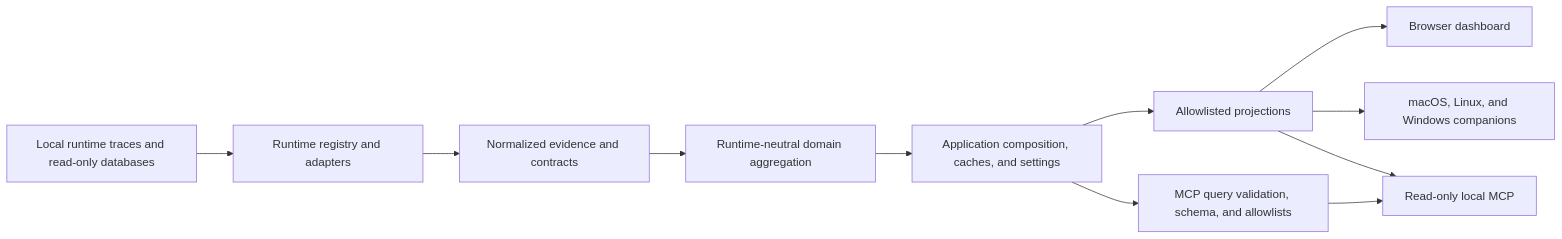
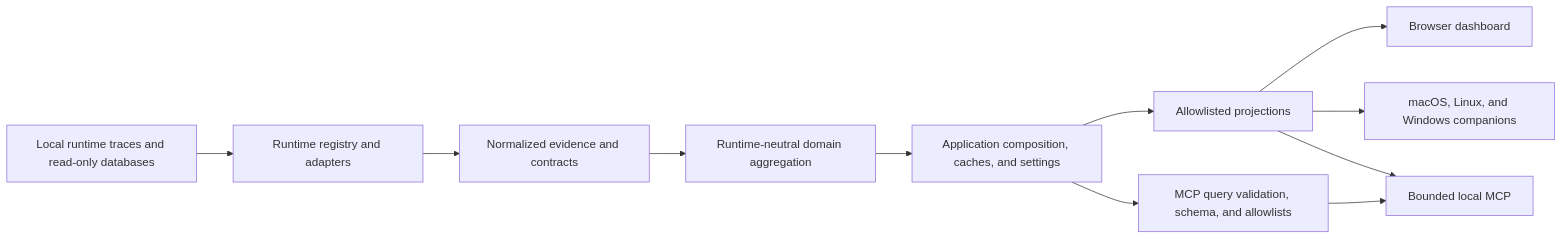
The diagram in specs/ARCHITECTURE.md (Chronillogical-Potato/token-meter), drawn with Mermaid before and after one commit. The commit also changed other lines of this file and 18 other files, not shown here.

````diff
--- a/specs/ARCHITECTURE.md
+++ b/specs/ARCHITECTURE.md
@@ -15,19 +15,19 @@
 ```mermaid
 flowchart LR
   traces["Local runtime traces and read-only databases"]
   adapters["Runtime registry and adapters"]
   contracts["Normalized evidence and contracts"]
   domain["Runtime-neutral domain aggregation"]
   app["Application composition, caches, and settings"]
   projections["Allowlisted projections"]
   mcp_queries["MCP query validation, schema, and allowlists"]
   browser["Browser dashboard"]
   native["macOS, Linux, and Windows companions"]
-  mcp["Read-only local MCP"]
+  mcp["Bounded local MCP"]
 
   traces --> adapters --> contracts --> domain --> app --> projections
   projections --> browser
   projections --> native
   projections --> mcp
   app --> mcp_queries --> mcp
 ```
````
